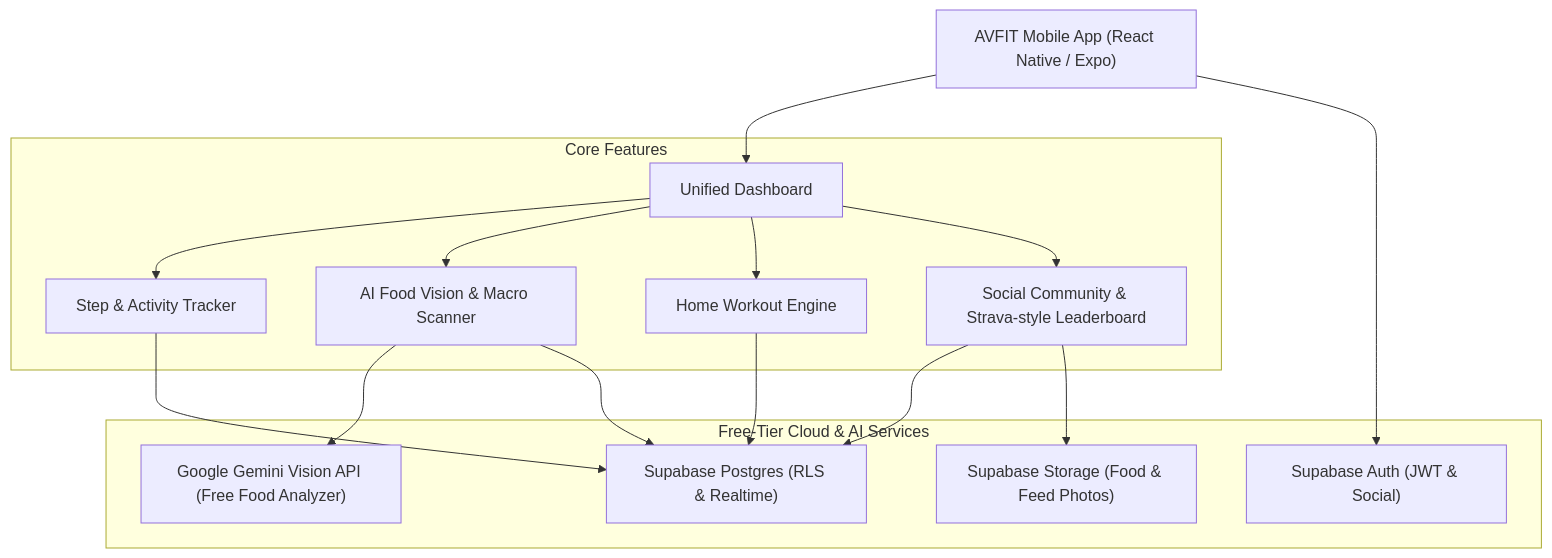
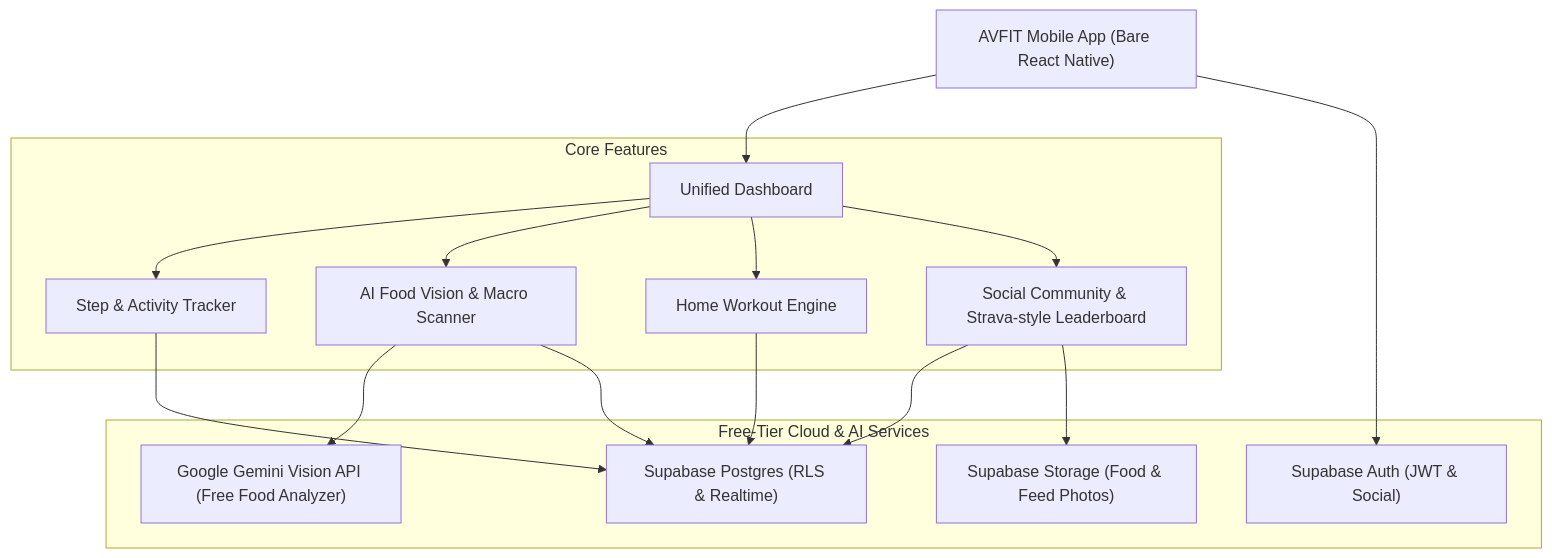
One commit to vjvijay23/AVFIT changed the diagram in README.md. Above: the diagram before and after it, drawn with Mermaid. The commit also changed other lines of this file and 55 other files, not shown here.

Commit message:
Fix AVFIT tracker scanner and community flows

````diff
--- a/README.md
+++ b/README.md
@@ -23,33 +23,33 @@
 ```mermaid
 graph TD
-    Client["AVFIT Mobile App (React Native / Expo)"]
+    Client["AVFIT Mobile App (Bare React Native)"]
     
     subgraph Core Features
         D["Unified Dashboard"]
         S["Step & Activity Tracker"]
         F["AI Food Vision & Macro Scanner"]
         W["Home Workout Engine"]
         C["Social Community & Strava-style Leaderboard"]
     end
     
     subgraph Free-Tier Cloud & AI Services
         SupaAuth["Supabase Auth (JWT & Social)"]
         SupaDB["Supabase Postgres (RLS & Realtime)"]
         SupaStorage["Supabase Storage (Food & Feed Photos)"]
         GeminiAI["Google Gemini Vision API (Free Food Analyzer)"]
     end
 
     Client --> D
     D --> S
     D --> F
     D --> W
     D --> C
 
     S --> SupaDB
     F --> GeminiAI
     F --> SupaDB
     W --> SupaDB
     C --> SupaDB
     C --> SupaStorage
     Client --> SupaAuth
 ```
````
